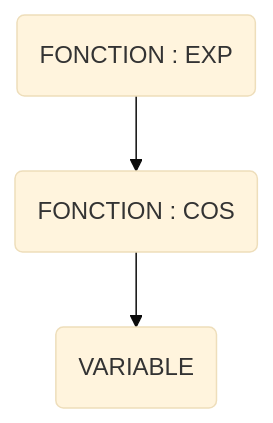
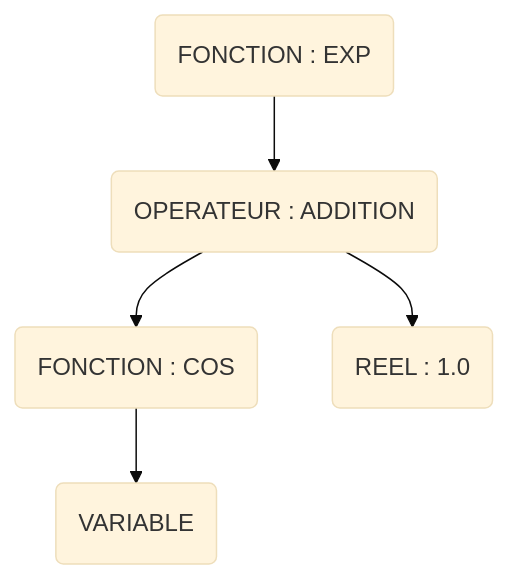
The third of 3 diagrams in README.md (1m0ut0n/fonc-exp-graph), drawn with Mermaid (base theme) before and after one commit. The commit also changed other lines of this file and 1 other file, not shown here.

````diff
--- a/README.md
+++ b/README.md
@@ -198,6 +227,8 @@
 ```mermaid
 graph TB;
    jet0(FONCTION : EXP)
-   jet0 --> jet1(FONCTION : COS)
-   jet1 --> jet2(VARIABLE)
+   jet0 --> jet1(OPERATEUR : ADDITION)
+   jet1 --> jet2(FONCTION : COS)
+   jet1 --> jet3(REEL : 1.0)
+   jet2 --> jet4(VARIABLE)
 ```
````
